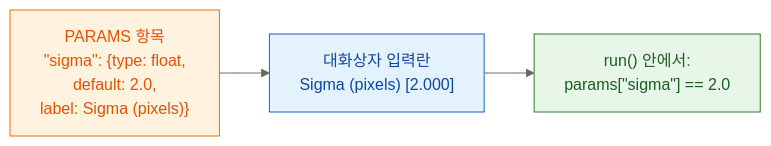
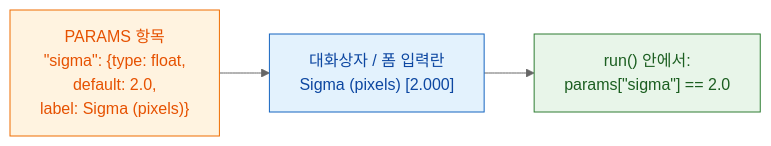
One commit to Oxford-Zeiss-Centre-of-Excellence/Wavu changed the diagram in guide/write/params.ko.md. Above: the diagram before and after it, drawn with Mermaid (neutral theme). The commit also changed other lines of this file and 70 other files, not shown here.

````diff
--- a/guide/write/params.ko.md
+++ b/guide/write/params.ko.md
@@ -11,11 +12,11 @@
 ```mermaid
 flowchart LR
     P["PARAMS 항목<br/>&quot;sigma&quot;: {type: float,<br/>default: 2.0,<br/>label: Sigma (pixels)}"]:::script
-    D["대화상자 입력란<br/>Sigma (pixels) [2.000]"]:::fiji
+    D["대화상자 / 폼 입력란<br/>Sigma (pixels) [2.000]"]:::fiji
     R["run() 안에서:<br/>params[&quot;sigma&quot;] == 2.0"]:::worker
     P --> D --> R
 
     classDef fiji   fill:#e3f2fd,stroke:#1565c0,color:#0d47a1
     classDef worker fill:#e8f5e9,stroke:#2e7d32,color:#1b5e20
     classDef script fill:#fff3e0,stroke:#ef6c00,color:#e65100
 ```
````
